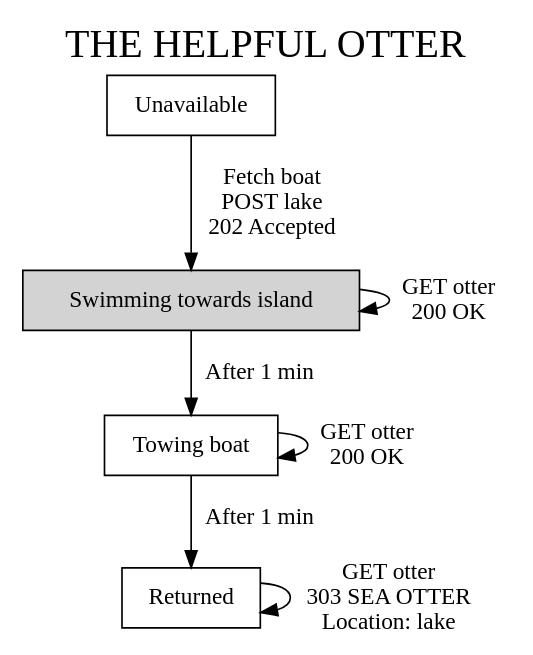
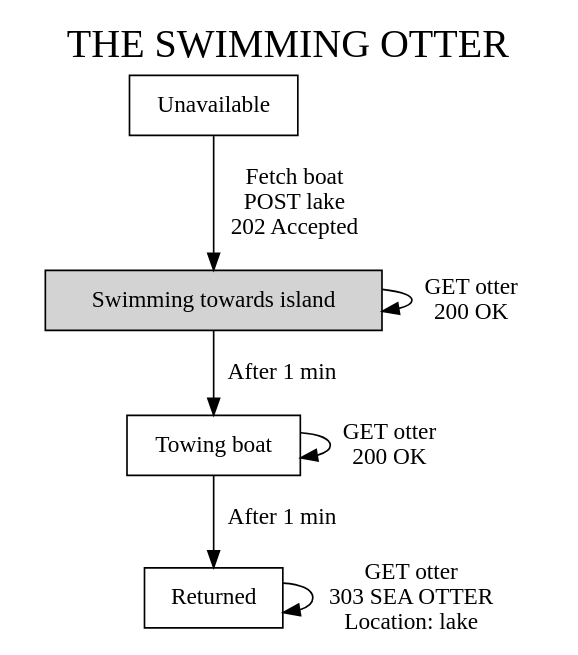
One commit to einarwh/fsmwatcher changed the diagram in graphs/otter/otter-1-fetching.dot. Above: the diagram before and after it, drawn with Graphviz. The commit also changed 32 other files, not shown here.

```diff
--- a/graphs/otter/otter-1-fetching.dot
+++ b/graphs/otter/otter-1-fetching.dot
@@ -1,18 +1,18 @@
 digraph {
-  label="THE HELPFUL OTTER";
+  label="THE SWIMMING OTTER";
   labelloc=t;
   fontsize=24;
   node [shape=box];
 
   initial [label="Unavailable"];
   fetching [label="Swimming towards island",bgcolor="black",style="filled"];
   returning [label="Towing boat"];
   back [label="Returned"];
   
   initial -> fetching [label="Fetch boat\nPOST lake\n202 Accepted"];
   fetching -> fetching [label="GET otter\n200 OK"];
   fetching -> returning [label="After 1 min"];
   returning -> returning [label="GET otter\n200 OK"];
   returning -> back [label="After 1 min"];
   back -> back [label="GET otter\n303 SEA OTTER\nLocation: lake"];
 }
```
